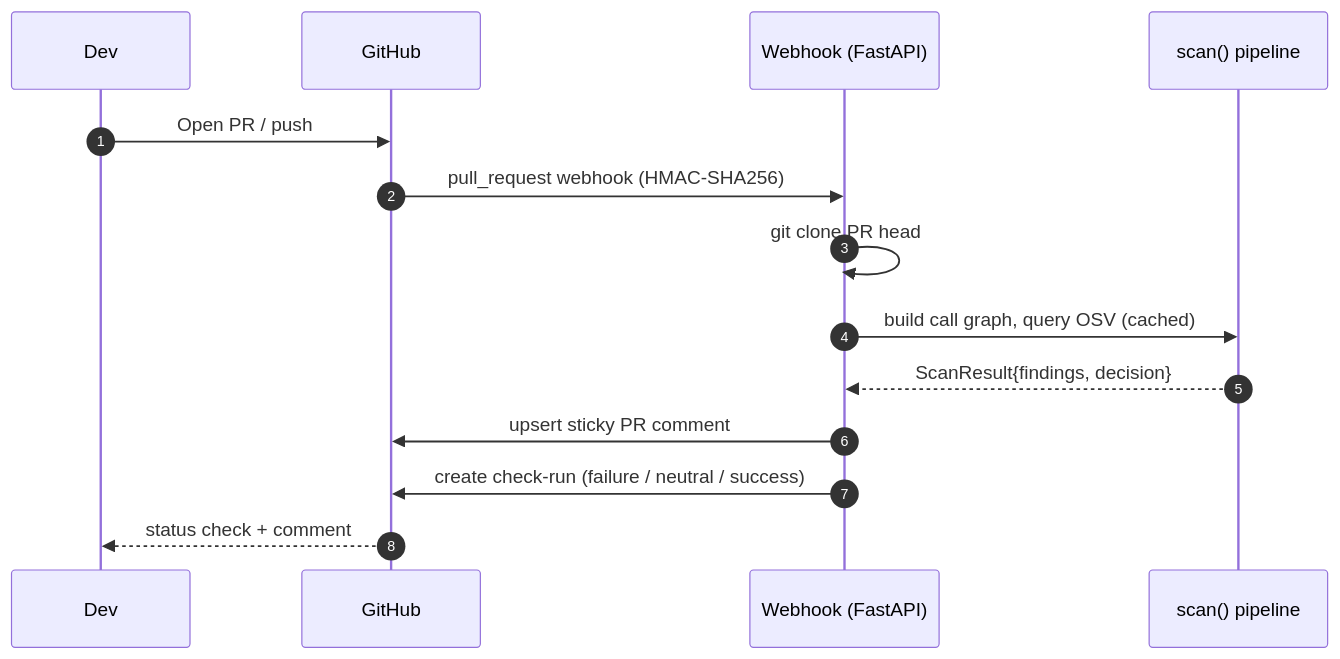
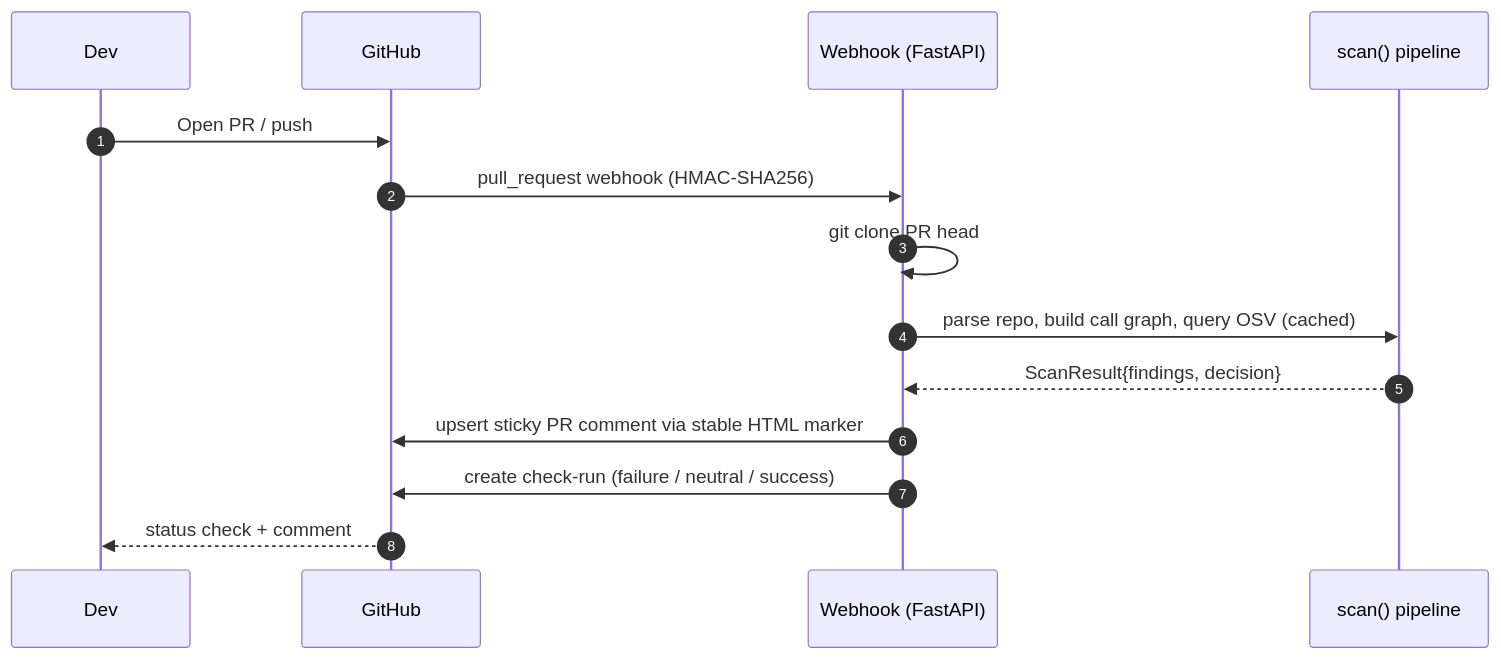
The second of 2 diagrams in README.md (Malatesh0811/reachable-cve), drawn with Mermaid before and after one commit. The commit also changed other lines of this file and 10 other files, not shown here.

````diff
--- a/README.md
+++ b/README.md
@@ -172,16 +73,16 @@
 ```mermaid
 sequenceDiagram
   autonumber
   participant Dev
   participant GH as GitHub
   participant App as Webhook (FastAPI)
   participant Scan as scan() pipeline
   Dev->>GH: Open PR / push
   GH->>App: pull_request webhook (HMAC-SHA256)
   App->>App: git clone PR head
-  App->>Scan: build call graph, query OSV (cached)
+  App->>Scan: parse repo, build call graph, query OSV (cached)
   Scan-->>App: ScanResult{findings, decision}
-  App->>GH: upsert sticky PR comment
+  App->>GH: upsert sticky PR comment via stable HTML marker
   App->>GH: create check-run (failure / neutral / success)
   GH-->>Dev: status check + comment
 ```
````
